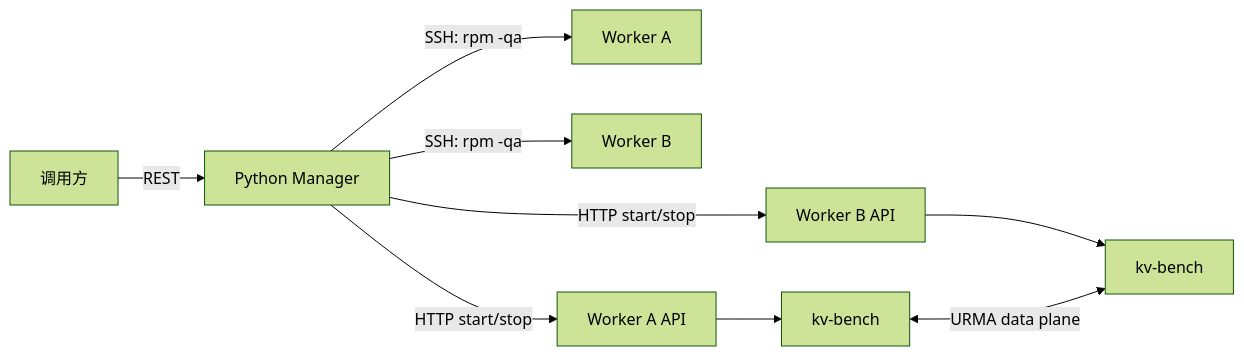
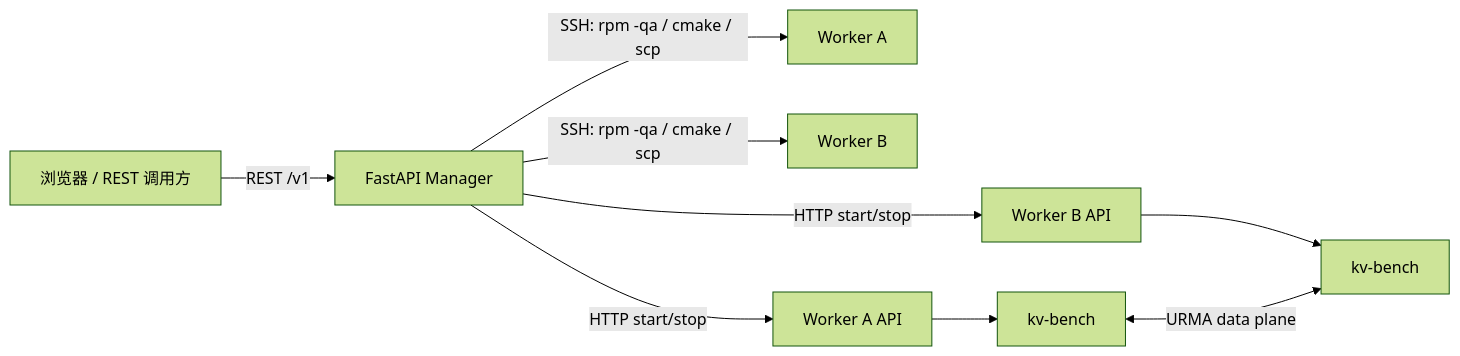
One commit to Gzure/kv-bench changed the diagram in manager/README.md. Above: the diagram before and after it, drawn with Mermaid (forest theme). The commit also changed other lines of this file and 21 other files, not shown here.

First line of the commit message:
refactor(manager): FastAPI + Vue3/Element Plus 重构

````diff
--- a/manager/README.md
+++ b/manager/README.md
@@ -6,11 +8,11 @@
 ```mermaid
 flowchart LR
-    C[调用方] -->|REST| M[Python Manager]
-    M -->|SSH: rpm -qa| A[Worker A]
-    M -->|SSH: rpm -qa| B[Worker B]
+    C[浏览器 / REST 调用方] -->|REST /v1| M[FastAPI Manager]
+    M -->|SSH: rpm -qa / cmake / scp| A[Worker A]
+    M -->|SSH: rpm -qa / cmake / scp| B[Worker B]
     M -->|HTTP start/stop| WA[Worker A API]
     M -->|HTTP start/stop| WB[Worker B API]
     WA --> KA[kv-bench]
     WB --> KB[kv-bench]
     KA <-->|URMA data plane| KB
 ```
````
